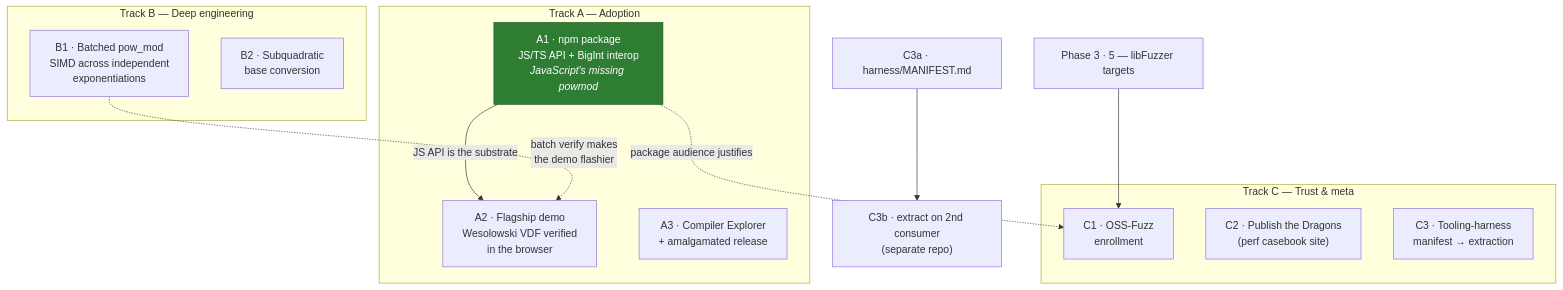
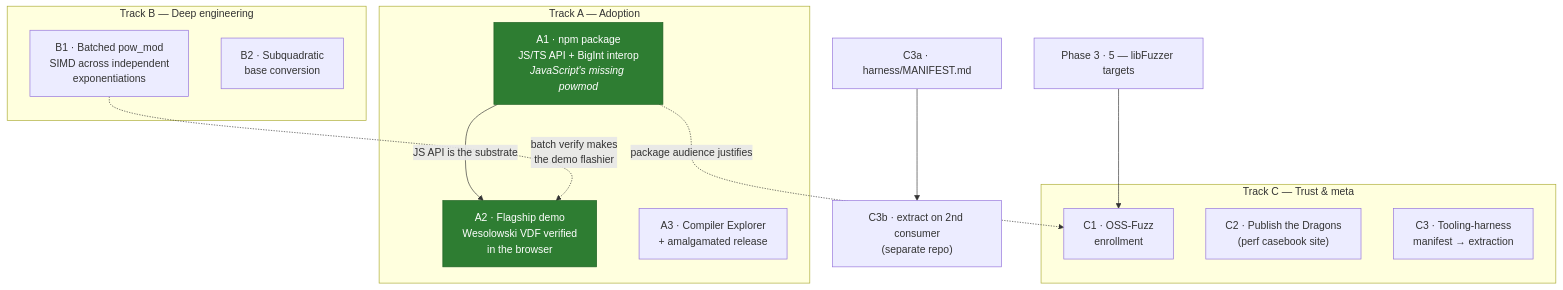
One commit to henry-filgueiras/hydra changed the diagram in ROADMAP.md. Above: the diagram before and after it, drawn with Mermaid. The commit also changed other lines of this file and 9 other files, not shown here.

````diff
--- a/ROADMAP.md
+++ b/ROADMAP.md
@@ -12,27 +12,28 @@
 ```mermaid
 flowchart TD
     subgraph TrackA["Track A — Adoption"]
         A1["A1 · npm package<br/>JS/TS API + BigInt interop<br/><i>JavaScript's missing powmod</i>"]
         A2["A2 · Flagship demo<br/>Wesolowski VDF verified<br/>in the browser"]
         A3["A3 · Compiler Explorer<br/>+ amalgamated release"]
     end
     subgraph TrackB["Track B — Deep engineering"]
         B1["B1 · Batched pow_mod<br/>SIMD across independent<br/>exponentiations"]
         B2["B2 · Subquadratic<br/>base conversion"]
     end
     subgraph TrackC["Track C — Trust & meta"]
         C1["C1 · OSS-Fuzz<br/>enrollment"]
         C2["C2 · Publish the Dragons<br/>(perf casebook site)"]
         C3["C3 · Tooling-harness<br/>manifest → extraction"]
     end
 
     A1 -->|JS API is the substrate| A2
     B1 -.->|batch verify makes<br/>the demo flashier| A2
     A1 -.->|package audience justifies| C1
     P5["Phase 3 · 5 — libFuzzer targets"] --> C1
     C3M["C3a · harness/MANIFEST.md"] --> C3X["C3b · extract on 2nd consumer<br/>(separate repo)"]
 
     classDef done fill:#2e7d32,color:#fff,stroke:#1b5e20
     classDef next fill:#1565c0,color:#fff,stroke:#0d47a1
     class A1 done
+    class A2 done
 ```
````
